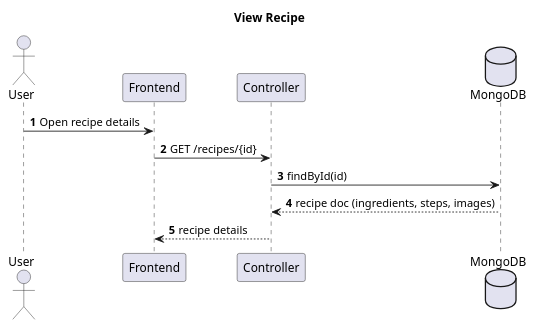
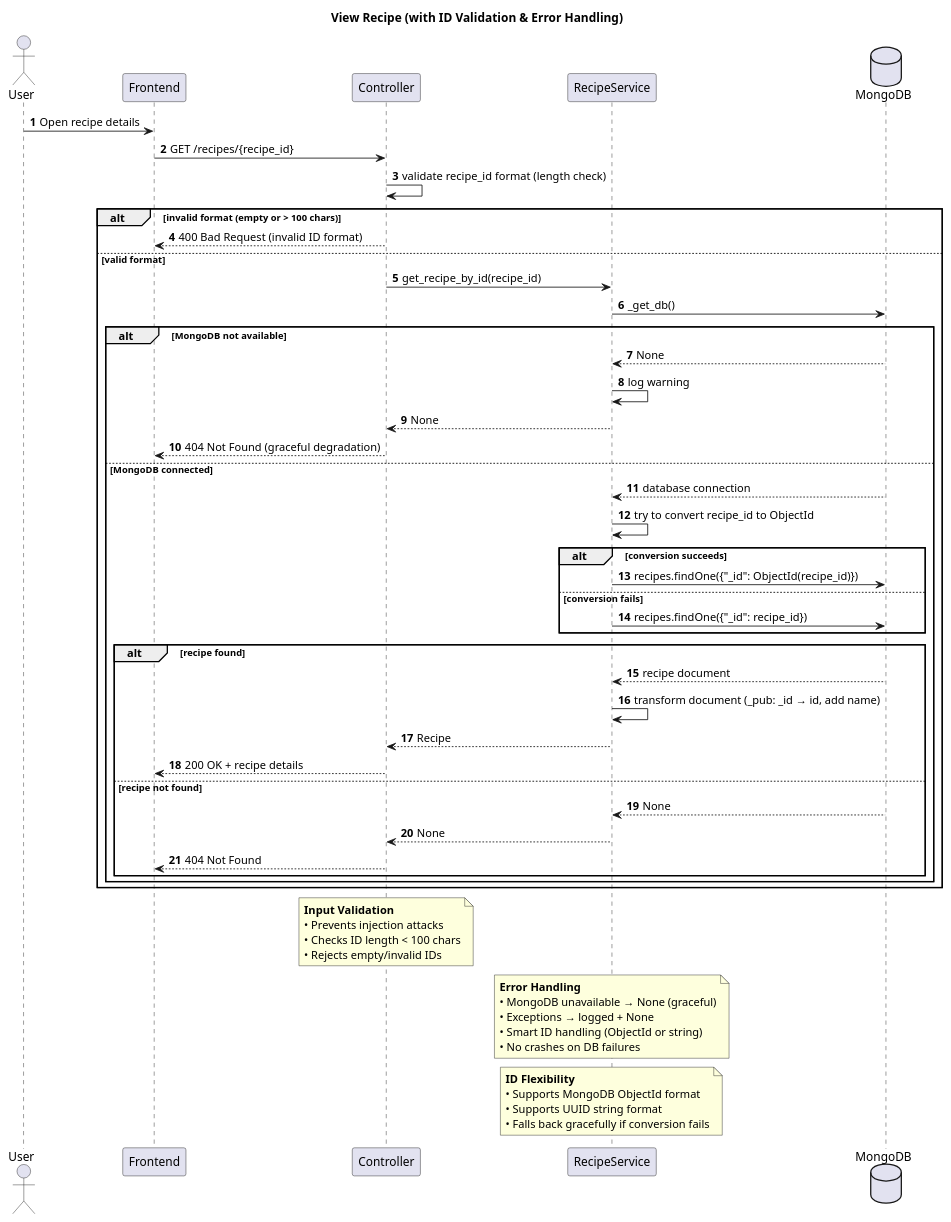
Before and after one commit to ErlisaLokaj/SmartMeal: the fourth of 10 diagrams in diagram/UsesCases.puml, drawn with PlantUML. The commit also changed other lines of this file and 69 other files, not shown here.

```diff
--- a/diagram/UsesCases.puml
+++ b/diagram/UsesCases.puml
@@ -286,14 +318,68 @@
 @startuml View Recipe
-title View Recipe
+title View Recipe (with ID Validation & Error Handling)
 autonumber
 actor User
 participant "Frontend" as FE
 participant "Controller" as C
+participant "RecipeService" as RS
 database "MongoDB" as MG
 
 User -> FE: Open recipe details
-FE -> C: GET /recipes/{id}
-C -> MG: findById(id)
-MG --> C: recipe doc (ingredients, steps, images)
-C --> FE: recipe details
+FE -> C: GET /recipes/{recipe_id}
+C -> C: validate recipe_id format (length check)
+alt invalid format (empty or > 100 chars)
+  C --> FE: 400 Bad Request (invalid ID format)
+else valid format
+  C -> RS: get_recipe_by_id(recipe_id)
+  
+  RS -> MG: _get_db()
+  alt MongoDB not available
+    MG --> RS: None
+    RS -> RS: log warning
+    RS --> C: None
+    C --> FE: 404 Not Found (graceful degradation)
+  else MongoDB connected
+    MG --> RS: database connection
+    
+    RS -> RS: try to convert recipe_id to ObjectId
+    alt conversion succeeds
+      RS -> MG: recipes.findOne({"_id": ObjectId(recipe_id)})
+    else conversion fails
+      RS -> MG: recipes.findOne({"_id": recipe_id})
+    end
+    
+    alt recipe found
+      MG --> RS: recipe document
+      RS -> RS: transform document (_pub: _id → id, add name)
+      RS --> C: Recipe
+      C --> FE: 200 OK + recipe details
+    else recipe not found
+      MG --> RS: None
+      RS --> C: None
+      C --> FE: 404 Not Found
+    end
+  end
+end
+
+note over C
+  **Input Validation**
+  • Prevents injection attacks
+  • Checks ID length < 100 chars
+  • Rejects empty/invalid IDs
+end note
+
+note over RS
+  **Error Handling**
+  • MongoDB unavailable → None (graceful)
+  • Exceptions → logged + None
+  • Smart ID handling (ObjectId or string)
+  • No crashes on DB failures
+end note
+
+note over RS
+  **ID Flexibility**
+  • Supports MongoDB ObjectId format
+  • Supports UUID string format
+  • Falls back gracefully if conversion fails
+end note
 @enduml
```
